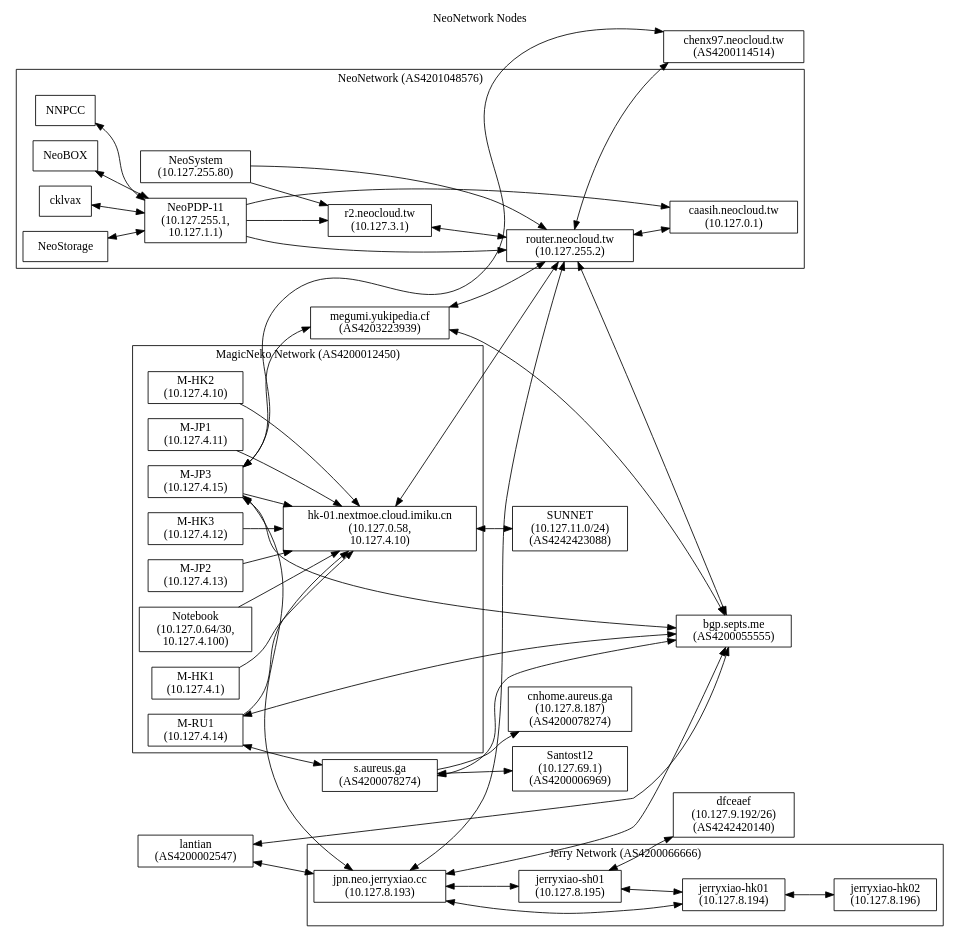
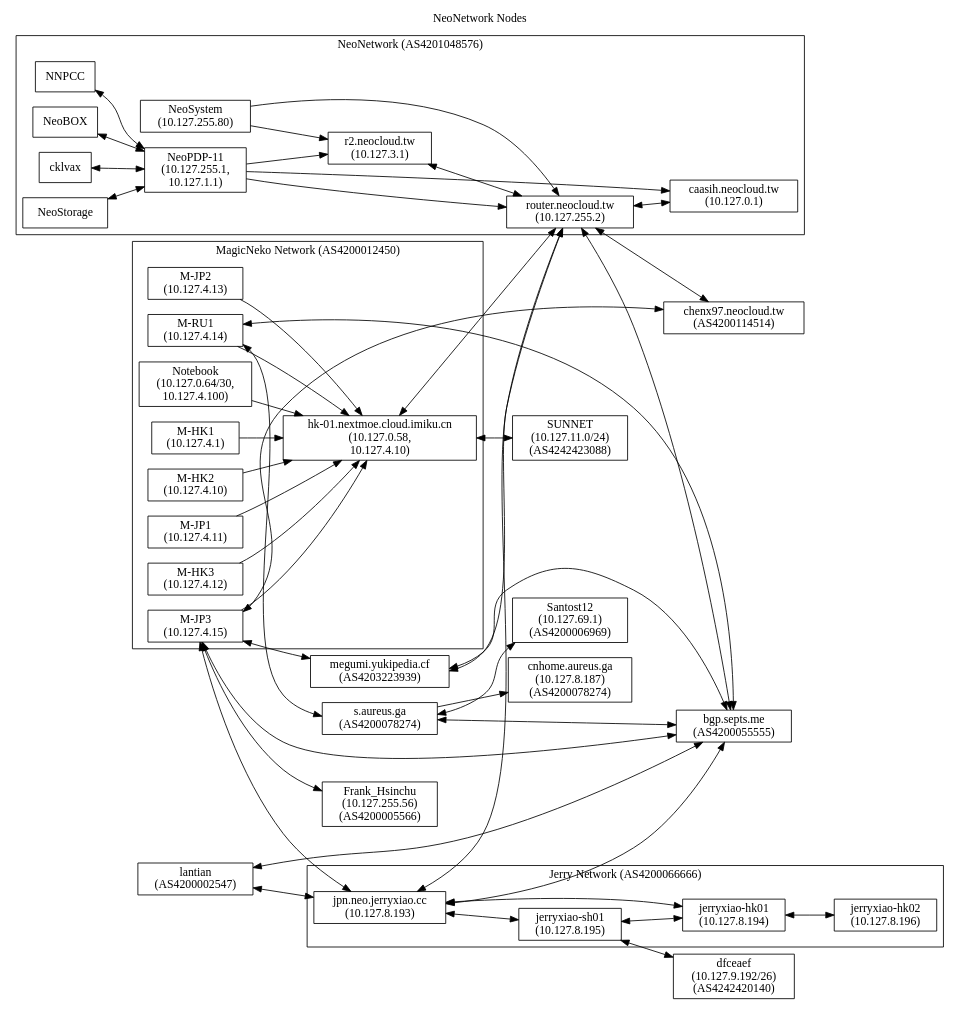
One commit to NeoCloud/NeoNetwork changed the diagram in nodes.dot. Above: the diagram before and after it, drawn with Graphviz. The commit also changed 1 other file, not shown here.

Commit message:
Update node graph.

```diff
--- a/nodes.dot
+++ b/nodes.dot
@@ -1,96 +1,98 @@
 digraph "NeoNetwork Nodes"
 {
 	label="NeoNetwork Nodes";
 	labelloc="t";
 	rankdir=LR;
 	node [shape=box]
 	c [label="caasih.neocloud.tw\n(10.127.0.1)"]
 	ucbvax [label="router.neocloud.tw\n(10.127.255.2)"]
 	np11 [label="NeoPDP-11\n(10.127.255.1,\n10.127.1.1)"]
 	ns [label="NeoSystem\n(10.127.255.80)"]
 	megumiLHS [label="megumi.yukipedia.cf\n(AS4203223939)"]
 	pan [label="r2.neocloud.tw\n(10.127.3.1)"]
 	icecat_Explosion [label="hk-01.nextmoe.cloud.imiku.cn\n(10.127.0.58,\n10.127.4.10)"]
 	icecat_Notebook [label="Notebook\n(10.127.0.64/30,\n10.127.4.100)"]
 	magicneko_HK01 [label="M-HK1\n(10.127.4.1)"]
 	magicneko_HK02 [label="M-HK2\n(10.127.4.10)"]
 	magicneko_JP01 [label="M-JP1\n(10.127.4.11)"]
 	magicneko_HK03 [label="M-HK3\n(10.127.4.12)"]
 	magicneko_JP02 [label="M-JP2\n(10.127.4.13)"]
 	magicneko_RU01 [label="M-RU1\n(10.127.4.14)"]
 	magicneko_JP03 [label="M-JP3\n(10.127.4.15)"]
 	staph [label="s.aureus.ga\n(AS4200078274)"]
 	staph_CN [label="cnhome.aureus.ga\n(10.127.8.187)\n(AS4200078274)"]
 	chenx97 [label="chenx97.neocloud.tw\n(AS4200114514)"]
 	JerryXiao [label="jpn.neo.jerryxiao.cc\n(10.127.8.193)"]
 	JerryXiao_SH01 [label="jerryxiao-sh01\n(10.127.8.195)"]
 	JerryXiao_HK01 [label="jerryxiao-hk01\n(10.127.8.194)"]
 	JerryXiao_HK02 [label="jerryxiao-hk02\n(10.127.8.196)"]
 	septs [label="bgp.septs.me\n(AS4200055555)"]
 	lantian [label="lantian\n(AS4200002547)"]
 	dfceaef [label="dfceaef\n(10.127.9.192/26)\n(AS4242420140)"]
 	SUNNET [label="SUNNET\n(10.127.11.0/24)\n(AS4242423088)"]
 	santost12 [label="Santost12\n(10.127.69.1)\n(AS4200006969)"]
+	frank_hsinchu [label="Frank_Hsinchu\n(10.127.255.56)\n(AS4200005566)"]
 	subgraph cluster_AS4201048576
 	{
 		label = "NeoNetwork (AS4201048576)";
 
 		NNPCC -> np11 [dir=both]
 		NeoBOX -> np11 [dir=both]
 		cklvax -> np11 [dir=both]
 		NeoStorage -> np11 [dir=both]
 		np11 -> ucbvax
 		np11 -> pan
 		np11 -> c
 		ucbvax -> c [dir=both]
 		ns -> ucbvax
 		ns -> pan
 		pan -> ucbvax [dir=both]
 	}
 
 	megumiLHS -> ucbvax [dir=both]
 	icecat_Explosion -> ucbvax [dir=both]
 	staph -> staph_CN
 	ucbvax -> chenx97 [dir=both]
 
 	subgraph cluster_AS4200012450
 	{
 		label="MagicNeko Network (AS4200012450)";
 
 		magicneko_HK01-> icecat_Explosion
 		magicneko_HK02-> icecat_Explosion
 		magicneko_JP01 -> icecat_Explosion
 		magicneko_HK03 -> icecat_Explosion
 		magicneko_JP02 -> icecat_Explosion
 		magicneko_RU01 -> icecat_Explosion
 		magicneko_JP03 -> icecat_Explosion
 		icecat_Notebook -> icecat_Explosion
 	}
 
 	subgraph cluster_AS4200066666
 	{
 		label="Jerry Network (AS4200066666)";
 
 		JerryXiao -> JerryXiao_SH01 [dir=both]
 		JerryXiao -> JerryXiao_HK01 [dir=both]
 		JerryXiao_SH01 -> JerryXiao_HK01 [dir=both]
 		JerryXiao_HK01 -> JerryXiao_HK02 [dir=both]
 	}
 
 	JerryXiao -> ucbvax [dir=both]
 	JerryXiao -> septs [dir=both]
 	JerryXiao_SH01 -> dfceaef [dir=both]
 	magicneko_JP03 -> JerryXiao [dir=both]
 	lantian -> septs [dir=both]
 	lantian -> JerryXiao [dir=both]
 	magicneko_JP03 -> septs [dir=both]
 	staph -> septs [dir=both]
 	ucbvax -> septs [dir=both]
 	magicneko_JP03 -> chenx97 [dir=both]
 	magicneko_RU01 -> staph [dir=both]
 	megumiLHS -> septs [dir=both]
 	icecat_Explosion -> SUNNET [dir=both]
 	staph -> santost12 [dir=both]
 	magicneko_RU01 -> septs [dir=both]
 	magicneko_JP03 -> megumiLHS [dir=both]
+    magicneko_JP03 -> frank_hsinchu [dir=both]
 }
```
